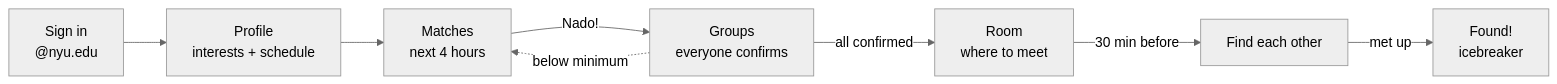
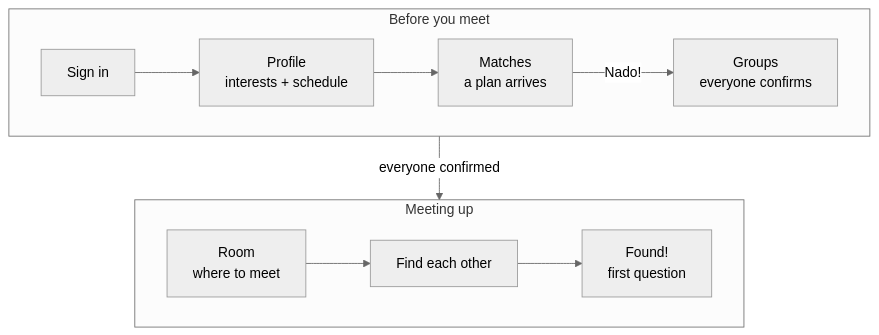
Before and after one commit to dasol0312/nado: the first of 5 diagrams in README.md, drawn with Mermaid (neutral theme). The commit also changed other lines of this file and 9 other files, not shown here.

First line of the commit message:
docs: rewrite README for the current app (flow, matching, Claude, data model, demo)

````diff
--- a/README.md
+++ b/README.md
@@ -116,10 +123,12 @@
 ```mermaid
-flowchart LR
-    A["Sign in<br/>@nyu.edu"] --> B["Profile<br/>interests + schedule"]
-    B --> C["Matches<br/>next 4 hours"]
-    C -- "Nado!" --> D["Groups<br/>everyone confirms"]
-    D -- "all confirmed" --> E["Room<br/>where to meet"]
-    E -- "30 min before" --> F["Find each other"]
-    F -- "met up" --> G["Found!<br/>icebreaker"]
-    D -. "below minimum" .-> C
+flowchart TB
+    subgraph before ["Before you meet"]
+        direction LR
+        A["Sign in"] --> B["Profile<br/>interests + schedule"] --> C["Matches<br/>a plan arrives"] -- "Nado!" --> D["Groups<br/>everyone confirms"]
+    end
+    subgraph meet ["Meeting up"]
+        direction LR
+        E["Room<br/>where to meet"] --> F["Find each other"] --> G["Found!<br/>first question"]
+    end
+    before -- "everyone confirmed" --> meet
 ```
````
